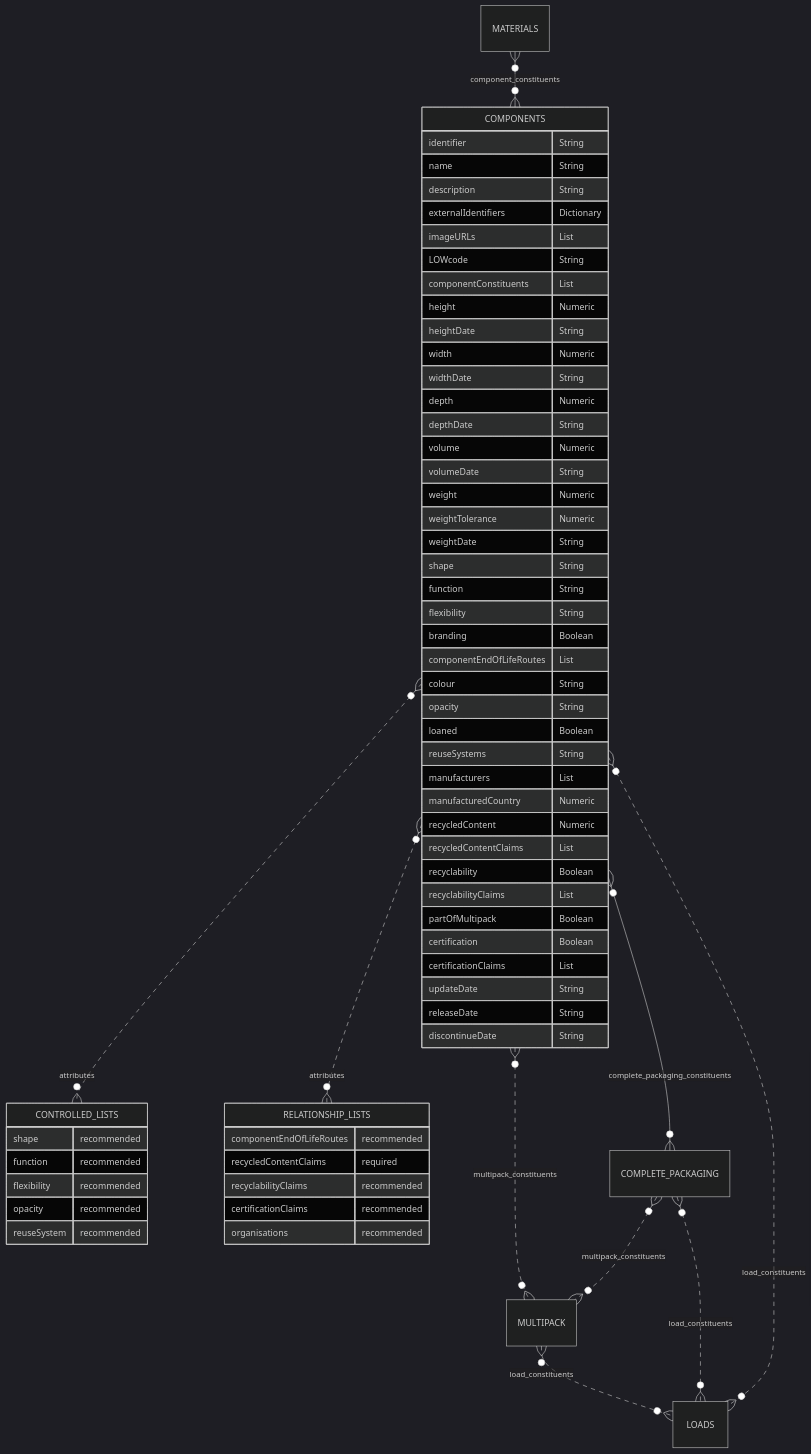
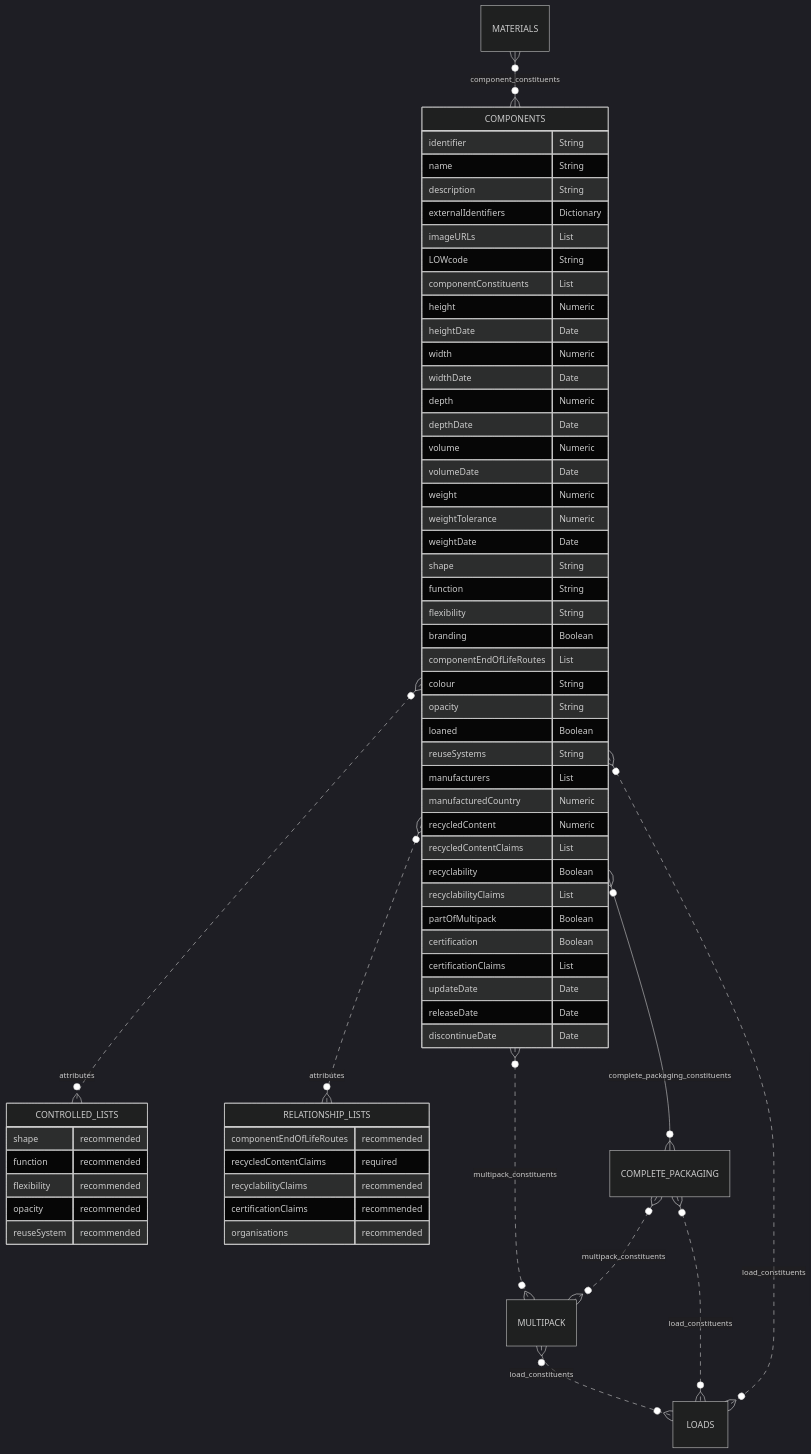
One commit to OpenDataManchester/Open3P changed the diagram in docs/3_Data_Specification/3_3_Components.md. Above: the diagram before and after it, drawn with Mermaid (dark theme). The commit also changed other lines of this file, not shown here.

Commit message:
Update date to ISO 8601

````diff
--- a/docs/3_Data_Specification/3_3_Components.md
+++ b/docs/3_Data_Specification/3_3_Components.md
@@ -56,67 +56,67 @@
 ``` mermaid
 erDiagram
 MATERIALS }o--o{ COMPONENTS : component_constituents
   COMPONENTS {
     identifier String
     name String
     description String
     externalIdentifiers Dictionary
     imageURLs List
     LOWcode String
     componentConstituents List
     height Numeric
-    heightDate String
+    heightDate Date
     width Numeric
-    widthDate String
+    widthDate Date
     depth Numeric
-    depthDate String
+    depthDate Date
     volume Numeric
-    volumeDate String
+    volumeDate Date
     weight Numeric
     weightTolerance Numeric
-    weightDate String
+    weightDate Date
     shape String
     function String
     flexibility String
     branding Boolean
     componentEndOfLifeRoutes List
     colour String
     opacity String
     loaned Boolean
     reuseSystems String
     manufacturers List
     manufacturedCountry Numeric
     recycledContent Numeric
     recycledContentClaims List
     recyclability Boolean
     recyclabilityClaims List
     partOfMultipack Boolean
     certification Boolean
     certificationClaims List
-    updateDate String
-    releaseDate String
-    discontinueDate String
+    updateDate Date
+    releaseDate Date
+    discontinueDate Date
   }
   COMPONENTS }o..o{ CONTROLLED_LISTS : attributes
   COMPONENTS }o..o{ RELATIONSHIP_LISTS : attributes
   COMPONENTS }o--o{ COMPLETE_PACKAGING : complete_packaging_constituents
   COMPONENTS }o..o{ MULTIPACK : multipack_constituents
   MULTIPACK }o..o{ LOADS : load_constituents
   COMPLETE_PACKAGING }o..o{ MULTIPACK : multipack_constituents
   COMPLETE_PACKAGING }o..o{ LOADS : load_constituents
   COMPONENTS }o..o{ LOADS : load_constituents
     CONTROLLED_LISTS {
     shape recommended
     function recommended
     flexibility recommended
     opacity recommended
     reuseSystem recommended
   }
   RELATIONSHIP_LISTS {
     componentEndOfLifeRoutes recommended
     recycledContentClaims required
     recyclabilityClaims recommended
     certificationClaims recommended
     organisations recommended
   }
 ```
````
